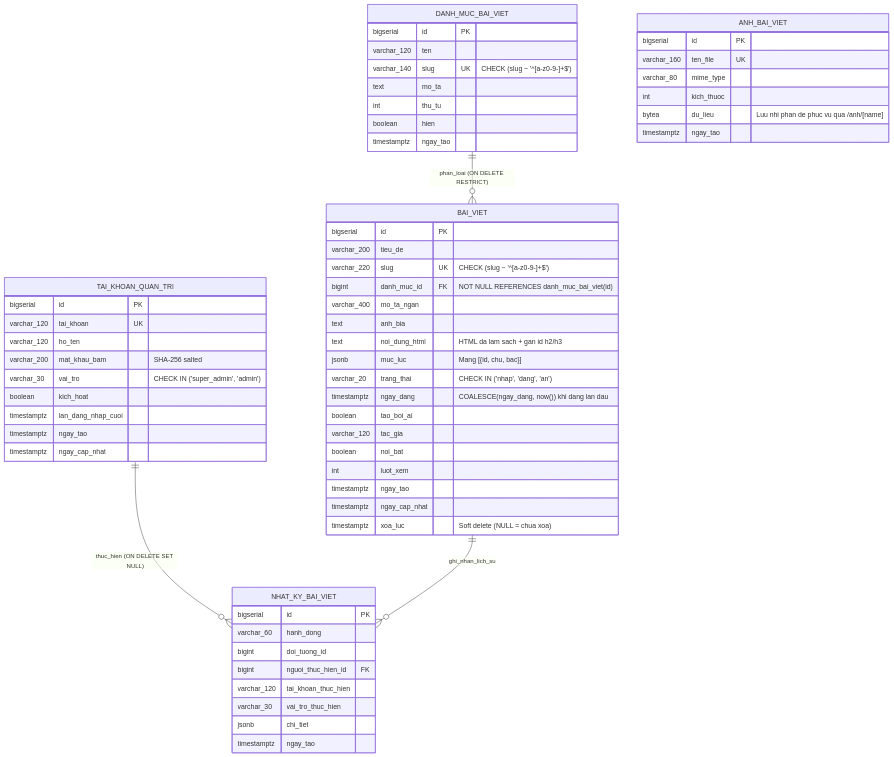
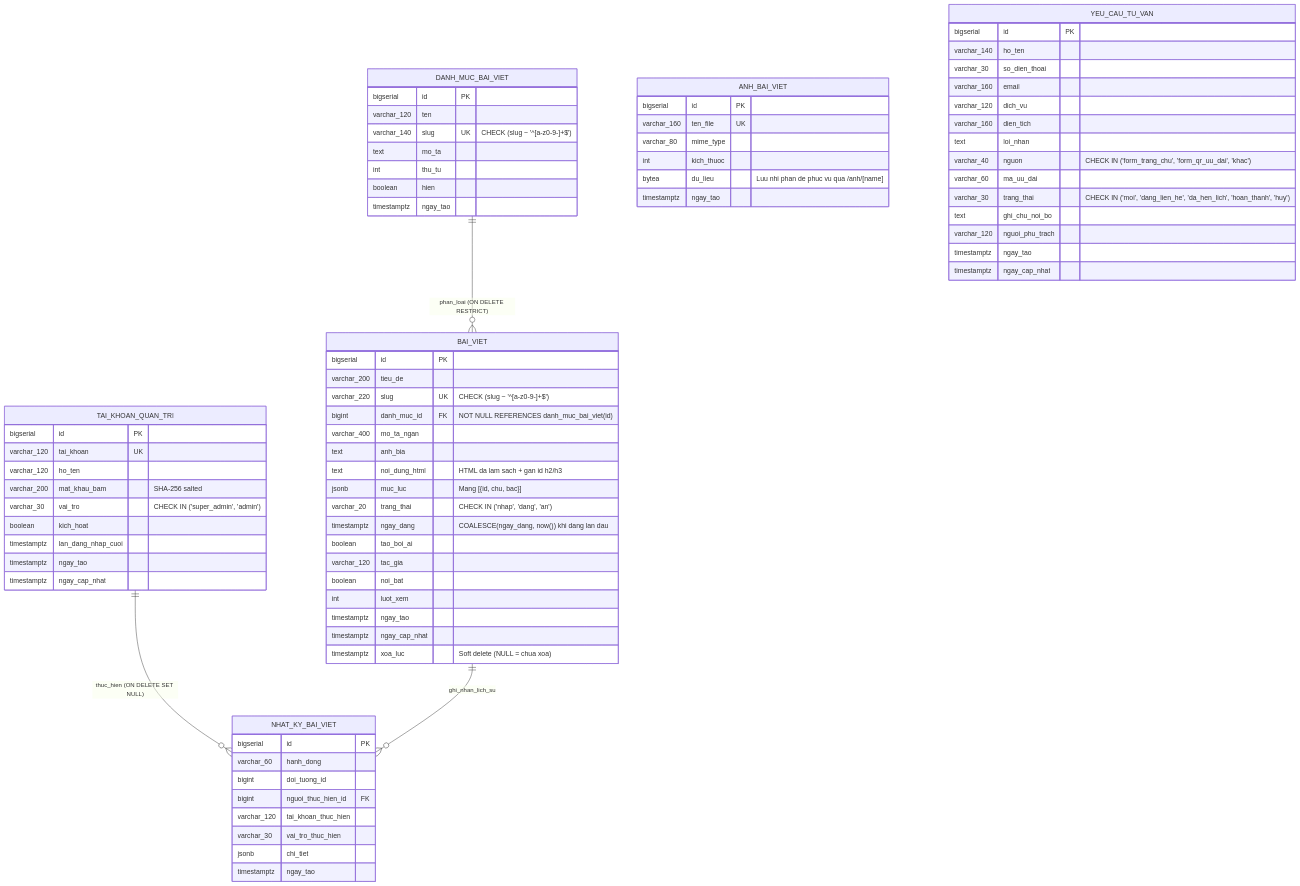
The diagram in docs/architecture/database-design.md (lamvuhaduc-max/nep-hien), drawn with Mermaid before and after one commit. The commit also changed other lines of this file and 17 other files, not shown here.

Commit message:
feat(consultations): them tiep nhan va quan tri yeu cau tu van khach hang kem bo tai lieu docs

````diff
--- a/docs/architecture/database-design.md
+++ b/docs/architecture/database-design.md
@@ -82,4 +82,21 @@
         jsonb chi_tiet
         timestamptz ngay_tao
     }
+
+    YEU_CAU_TU_VAN {
+        bigserial id PK
+        varchar_140 ho_ten
+        varchar_30 so_dien_thoai
+        varchar_160 email
+        varchar_120 dich_vu
+        varchar_160 dien_tich
+        text loi_nhan
+        varchar_40 nguon "CHECK IN ('form_trang_chu', 'form_qr_uu_dai', 'khac')"
+        varchar_60 ma_uu_dai
+        varchar_30 trang_thai "CHECK IN ('moi', 'dang_lien_he', 'da_hen_lich', 'hoan_thanh', 'huy')"
+        text ghi_chu_noi_bo
+        varchar_120 nguoi_phu_trach
+        timestamptz ngay_tao
+        timestamptz ngay_cap_nhat
+    }
 ```
````
